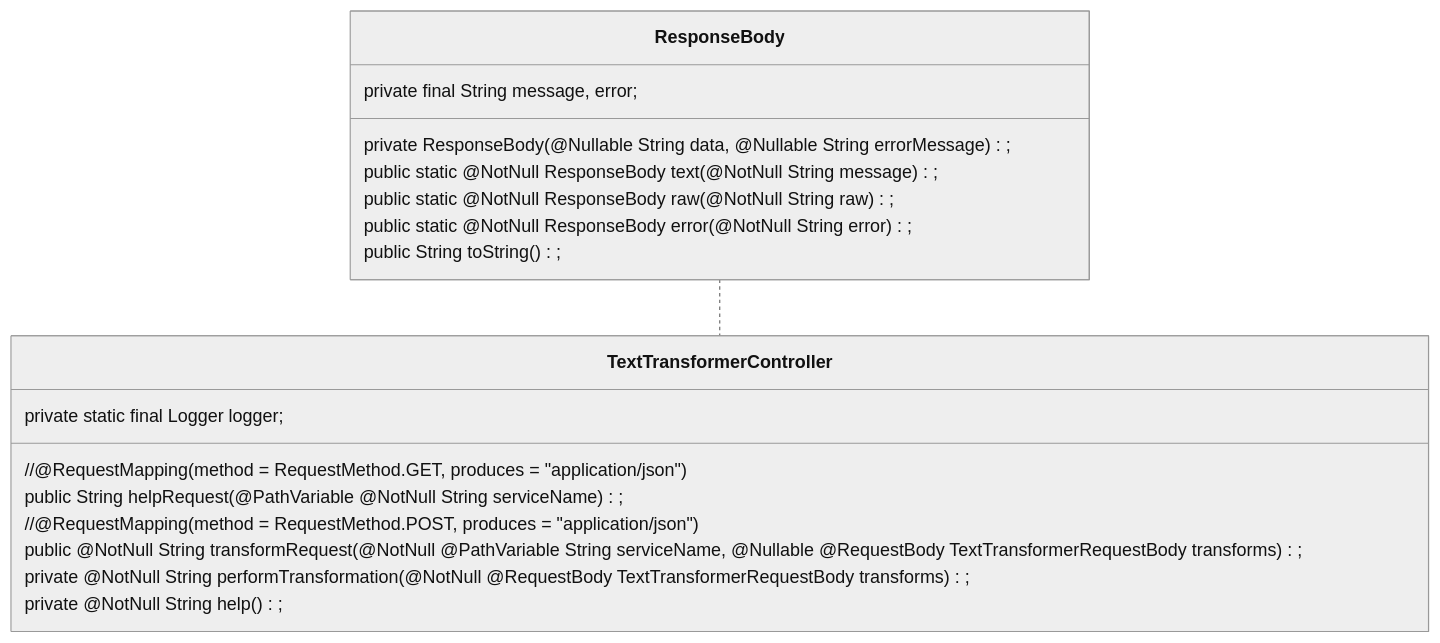
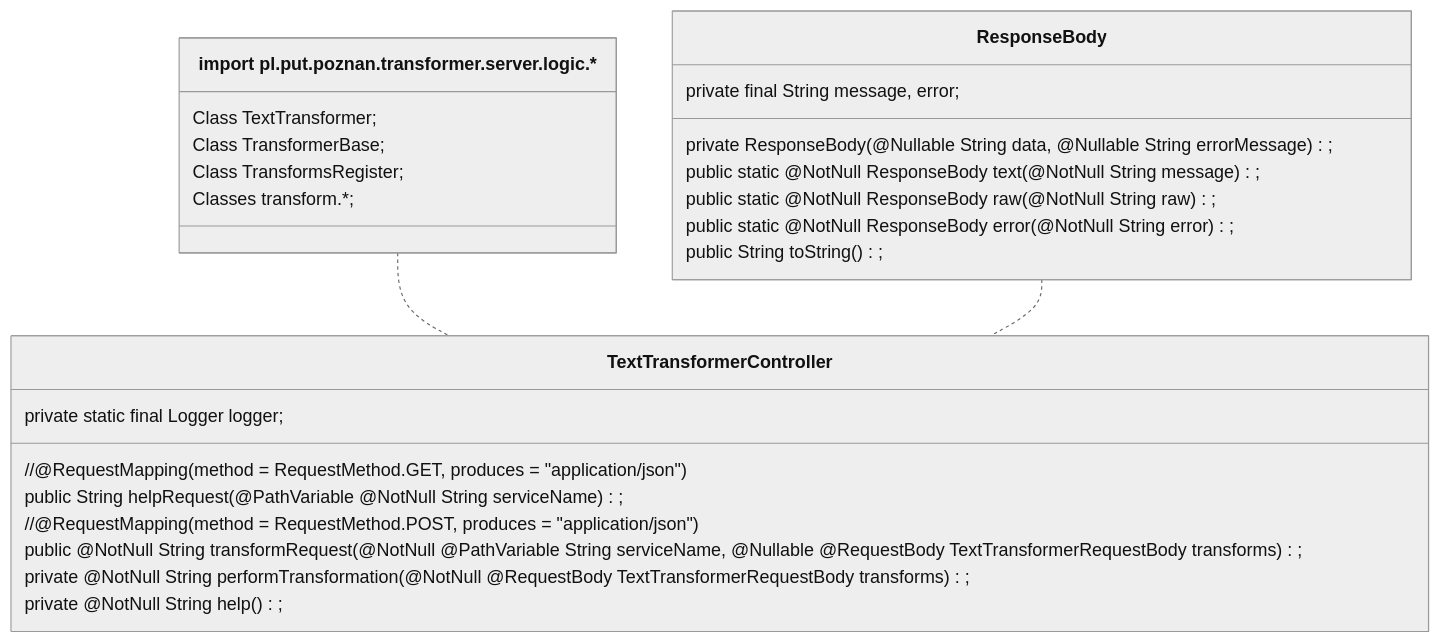
The second of 2 diagrams in Diagramy UML.md (pixelsapphire/softeng), drawn with Mermaid (neutral theme) before and after one commit.

Commit message:
Dodano kilka nowych klas.

````diff
--- a/Diagramy UML.md
+++ b/Diagramy UML.md
@@ -120,23 +120,31 @@
 ```mermaid
 classDiagram
     class ResponseBody {
         private final String message, error;
         private ResponseBody(@Nullable String data, @Nullable String errorMessage);
         public static @NotNull ResponseBody text(@NotNull String message);
         public static @NotNull ResponseBody raw(@NotNull String raw);
         public static @NotNull ResponseBody error(@NotNull String error);
         public String toString();
     }
     click ResponseBody href "https://github.com/RubyNaxela/softeng/blob/main/Server/src/main/java/pl/put/poznan/transformer/server/rest/ResponseBody.java"
     class TextTransformerController{
         private static final Logger logger;
         //@RequestMapping(method = RequestMethod.GET, produces = "application/json")
         public String helpRequest(@PathVariable @NotNull String serviceName);
         //@RequestMapping(method = RequestMethod.POST, produces = "application/json")
         public @NotNull String transformRequest(@NotNull @PathVariable String serviceName, @Nullable @RequestBody TextTransformerRequestBody transforms);
         private @NotNull String performTransformation(@NotNull @RequestBody TextTransformerRequestBody transforms);
         private @NotNull String help();
     }
     click TextTransformerController href "https://github.com/RubyNaxela/softeng/blob/main/Server/src/main/java/pl/put/poznan/transformer/server/rest/TextTransformerController.java"
+    class logic["import pl.put.poznan.transformer.server.logic.*"]{
+        Class TextTransformer;
+        Class TransformerBase;
+        Class TransformsRegister;
+        Classes transform.*;
+    }
+    click logic href "https://github.com/RubyNaxela/softeng/blob/main/Server/src/main/java/pl/put/poznan/transformer/server/logic"
+      logic .. TextTransformerController
       ResponseBody .. TextTransformerController
 ```
````
